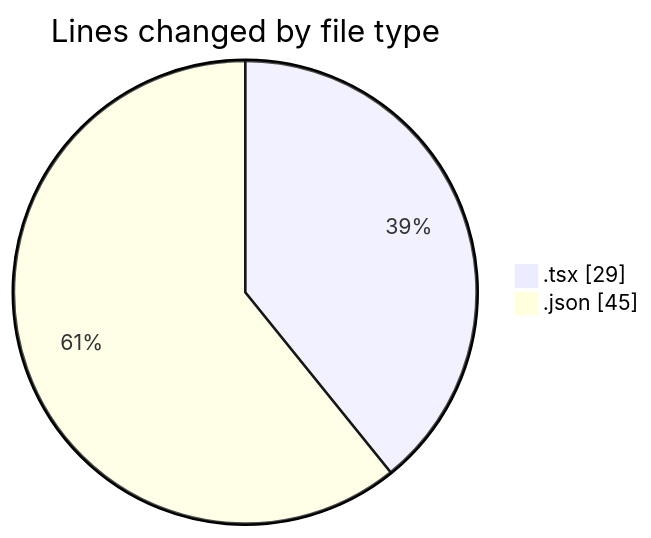
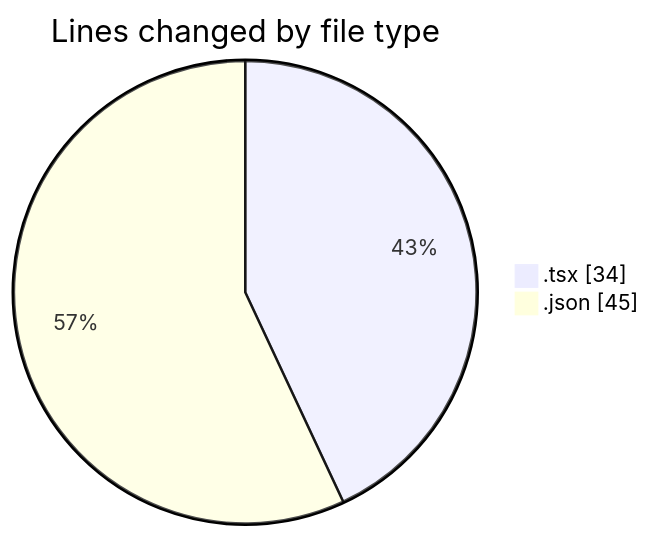
One commit to momahboobian/code-tracking changed the first of 2 diagrams in 2026-08-07/cda/README.md. Above: the diagram before and after it, drawn with Mermaid. The commit also changed other lines of this file and 1 other file, not shown here.

````diff
--- a/2026-08-07/cda/README.md
+++ b/2026-08-07/cda/README.md
@@ -23,6 +23,6 @@
 ```mermaid
 pie showData
 title Lines changed by file type
-".tsx" : 29
+".tsx" : 34
 ".json" : 45
 ```
````
